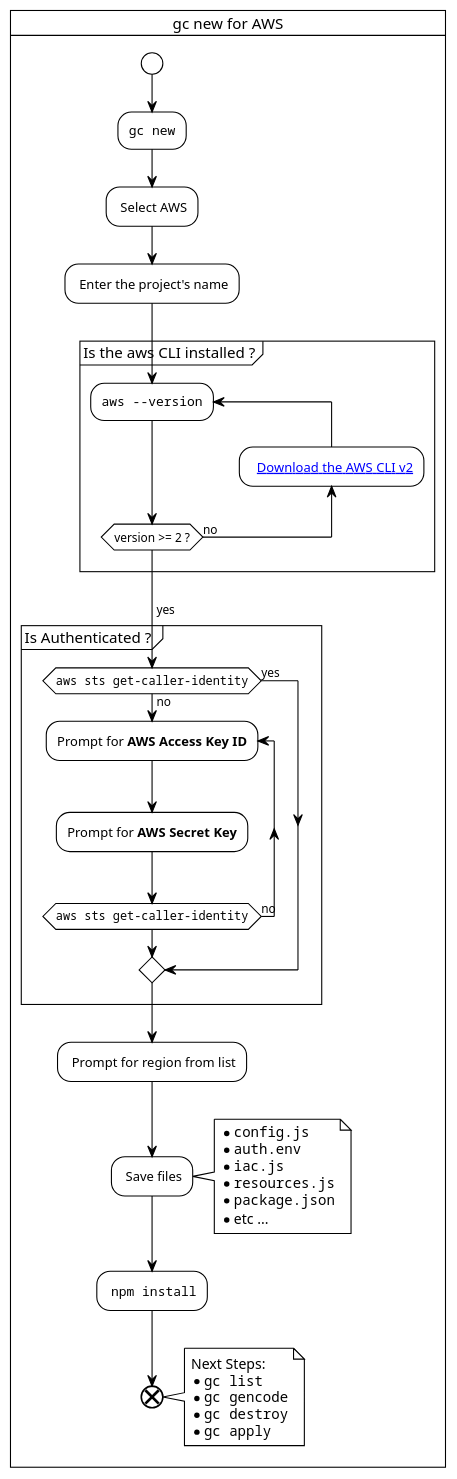
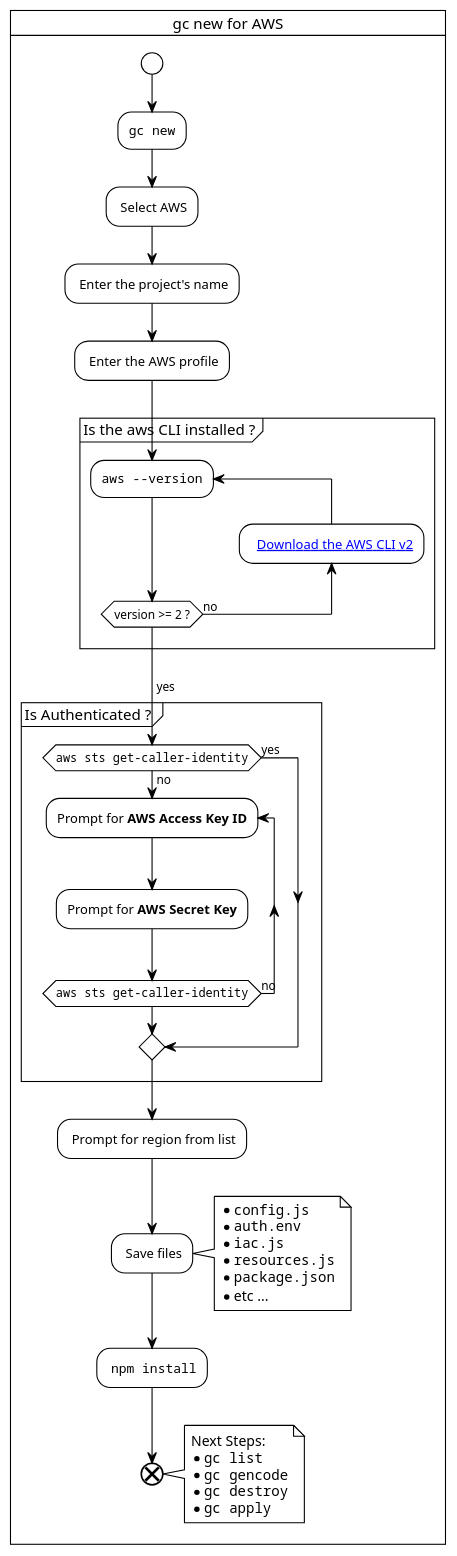
The diagram in docusaurus/plantuml/gc-new-aws.puml (grucloud/grucloud), drawn with PlantUML before and after one commit. The commit also changed 4 other files, not shown here.

Commit message:
aws profile for gc new

```diff
--- a/docusaurus/plantuml/gc-new-aws.puml
+++ b/docusaurus/plantuml/gc-new-aws.puml
@@ -1,56 +1,57 @@
 @startuml gc-new-aws
 !theme plain
 
 skinparam svgLinkTarget _blank
 
 card "gc new for AWS" {
 start
 
 :""gc new"";
 : Select AWS;
 : Enter the project's name;
+: Enter the AWS profile;
 
 
 partition "Is the aws CLI installed ?" {
 repeat :""aws --version"";
 backward:  [[https://docs.aws.amazon.com/cli/latest/userguide/install-cliv2.html Download the AWS CLI v2]];
 repeat while (version >= 2 ?) is (no) 
 ->yes;
 }
 
 partition "Is Authenticated ? " {
   
   if (""aws sts get-caller-identity"") then (yes)
 else (no)
   
 repeat :Prompt for <b>AWS Access Key ID</b>;
 :Prompt for <b>AWS Secret Key</b>;
 repeat while (""aws sts get-caller-identity"") is (no) 
 endif
 
 }
 
 : Prompt for region from list;
 
 : Save files; 
 note right
 * ""config.js""
 * ""auth.env""
 * ""iac.js""
 * ""resources.js""
 * ""package.json""
 * etc ...
 end note 
 
 : ""npm install"";
 end
 
 note right
 Next Steps:
 * ""gc list""
 * ""gc gencode""
 * ""gc destroy""
 * ""gc apply""
 end note 
 }
 @enduml
```
